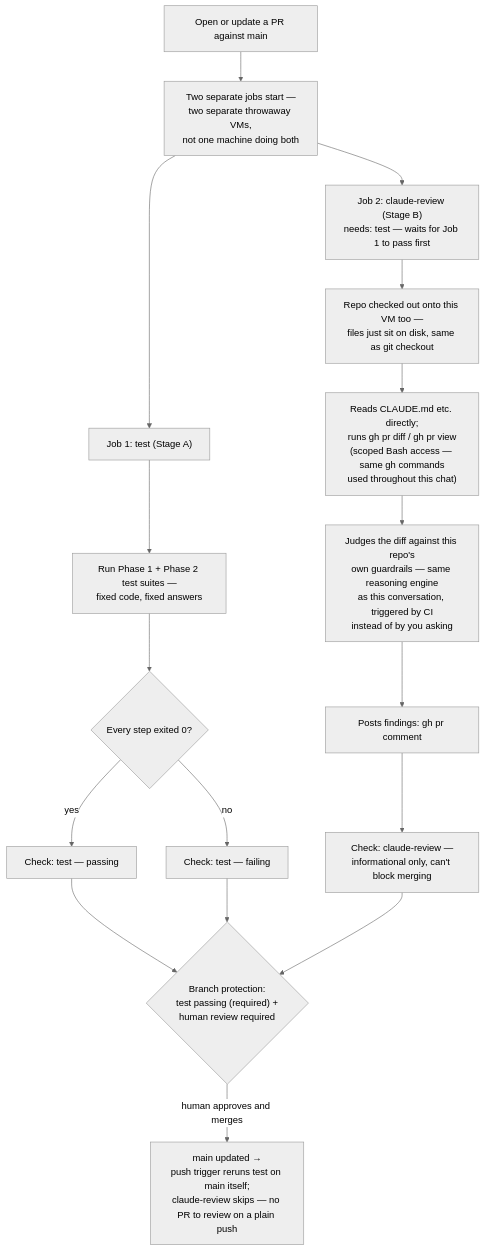
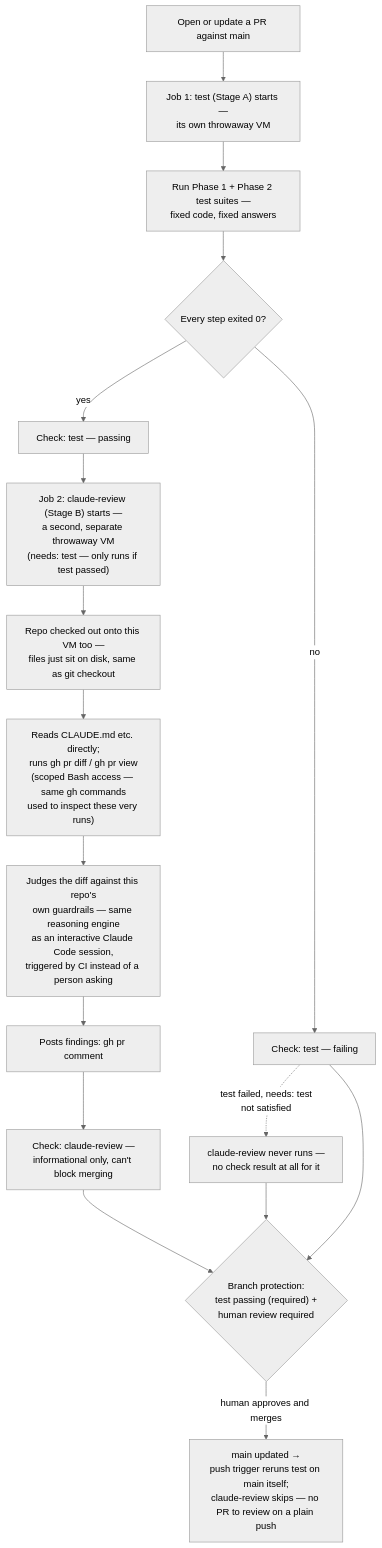
One commit to fmlin0429712024/clinical-documentation-audit-poc changed the third of 3 diagrams in README.md. Above: the diagram before and after it, drawn with Mermaid (neutral theme). The commit also changed other lines of this file, not shown here.

Commit message:
Address claude-review feedback on PR #6
- Diagram: claude-review now hangs off the test-passed branch (C3),
  not a naive parallel fan-out from the PR trigger -- matches needs:
  test semantics. Added an explicit "claude-review never runs" node
  off the test-failed branch, since needs: test means no check result
  at all in that case, not a competing pass/fail.
- Corrected the "verified end-to-end (PRs #3-#5)" claim: only PR #4
  has a real posted review. PRs #3 and #5 both hit the App's
  workflow-validation skip (both edited ci.yml itself) -- now stated
  accurately instead of implied as three confirmed runs.
- Replaced "this chat"/"this conversation" with "an interactive
  Claude Code session" -- a README has no chat for a GitHub reader to
  refer to.

````diff
--- a/README.md
+++ b/README.md
@@ -92,22 +92,21 @@
 ```mermaid
 flowchart TD
-    A["Open or update a PR against main"] --> B["Two separate jobs start —<br/>two separate throwaway VMs,<br/>not one machine doing both"]
-
-    B --> C["Job 1: test (Stage A)"]
-    C --> C1["Run Phase 1 + Phase 2 test suites —<br/>fixed code, fixed answers"]
+    A["Open or update a PR against main"] --> B["Job 1: test (Stage A) starts —<br/>its own throwaway VM"]
+    B --> C1["Run Phase 1 + Phase 2 test suites —<br/>fixed code, fixed answers"]
     C1 --> C2{"Every step exited 0?"}
     C2 -->|yes| C3["Check: test — passing"]
     C2 -->|no| C4["Check: test — failing"]
 
-    B --> D["Job 2: claude-review (Stage B)<br/>needs: test — waits for Job 1 to pass first"]
+    C3 --> D["Job 2: claude-review (Stage B) starts —<br/>a second, separate throwaway VM<br/>(needs: test — only runs if test passed)"]
+    C4 -.test failed, needs: test<br/>not satisfied.-> D0["claude-review never runs —<br/>no check result at all for it"]
     D --> D1["Repo checked out onto this VM too —<br/>files just sit on disk, same as git checkout"]
-    D1 --> D2["Reads CLAUDE.md etc. directly;<br/>runs gh pr diff / gh pr view<br/>(scoped Bash access — same gh commands<br/>used throughout this chat)"]
-    D2 --> D3["Judges the diff against this repo's<br/>own guardrails — same reasoning engine<br/>as this conversation, triggered by CI<br/>instead of by you asking"]
+    D1 --> D2["Reads CLAUDE.md etc. directly;<br/>runs gh pr diff / gh pr view<br/>(scoped Bash access — same gh commands<br/>used to inspect these very runs)"]
+    D2 --> D3["Judges the diff against this repo's<br/>own guardrails — same reasoning engine<br/>as an interactive Claude Code session,<br/>triggered by CI instead of a person asking"]
     D3 --> D4["Posts findings: gh pr comment"]
     D4 --> D5["Check: claude-review —<br/>informational only, can't block merging"]
 
-    C3 --> E{"Branch protection:<br/>test passing (required) +<br/>human review required"}
-    C4 --> E
+    C4 --> E{"Branch protection:<br/>test passing (required) +<br/>human review required"}
     D5 --> E
+    D0 --> E
     E -->|human approves and merges| F["main updated →<br/>push trigger reruns test on main itself;<br/>claude-review skips — no PR to review on a plain push"]
 ```
````
